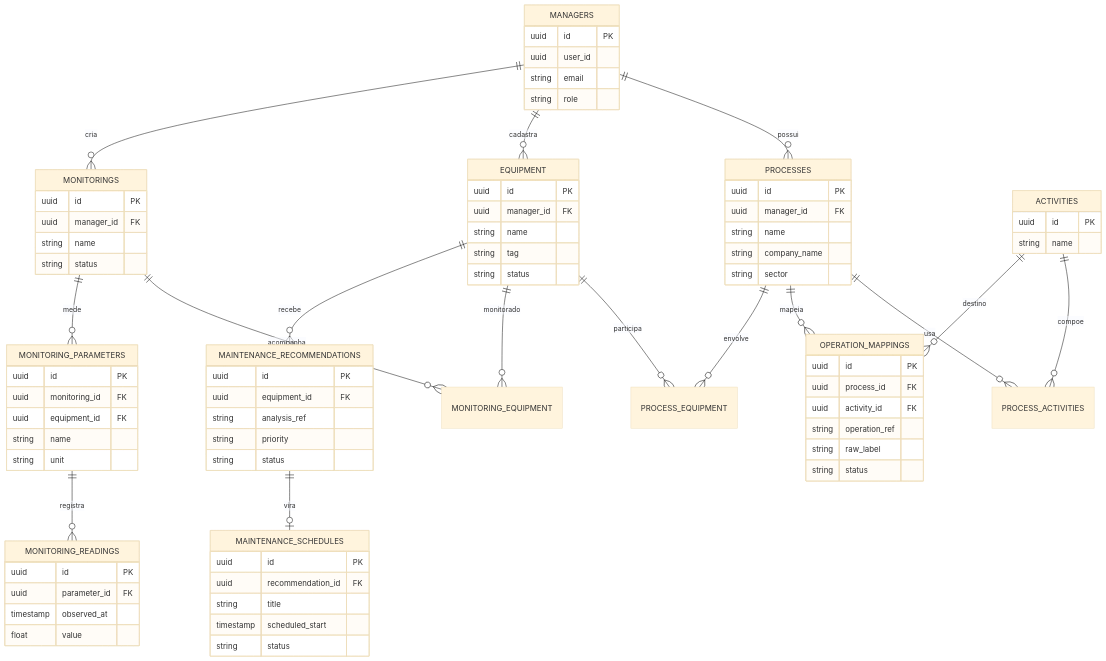
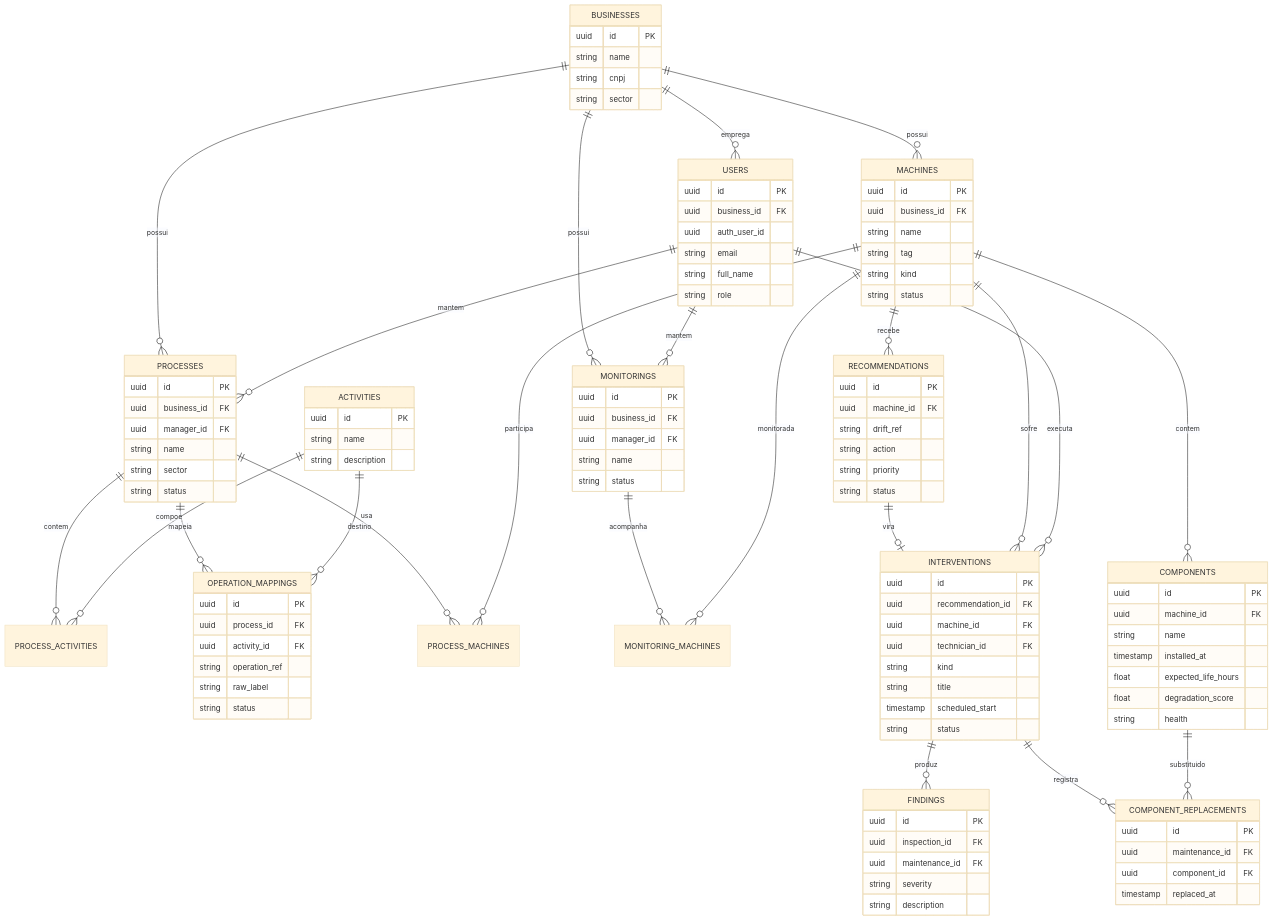
Diagram 14 of 17 in architecture/arc42.md (aland3r/deviante-docs), drawn with Mermaid (base theme) before and after one commit. The commit also changed other lines of this file, not shown here.

Commit message:
arc42 §1, §2, §5, §6, §8: Azure SQL serverless, máquinas e intervenções no lugar de equipamento e agenda, ER do Core com empresas e usuários
Claude-Session: https://claude.ai/code/session_01AmE5KfE7b9iNvkkPZemtYe

````diff
--- a/architecture/arc42.md
+++ b/architecture/arc42.md
@@ -988,36 +988,53 @@
 ```mermaid
 erDiagram
-    MANAGERS ||--o{ PROCESSES : possui
-    MANAGERS ||--o{ EQUIPMENT : cadastra
-    MANAGERS ||--o{ MONITORINGS : cria
-    PROCESSES ||--o{ PROCESS_ACTIVITIES : usa
+    BUSINESSES ||--o{ USERS : emprega
+    BUSINESSES ||--o{ PROCESSES : possui
+    BUSINESSES ||--o{ MONITORINGS : possui
+    BUSINESSES ||--o{ MACHINES : possui
+    USERS ||--o{ PROCESSES : mantem
+    USERS ||--o{ MONITORINGS : mantem
+    PROCESSES ||--o{ PROCESS_ACTIVITIES : contem
     ACTIVITIES ||--o{ PROCESS_ACTIVITIES : compoe
     PROCESSES ||--o{ OPERATION_MAPPINGS : mapeia
     ACTIVITIES ||--o{ OPERATION_MAPPINGS : destino
-    PROCESSES ||--o{ PROCESS_EQUIPMENT : envolve
-    EQUIPMENT ||--o{ PROCESS_EQUIPMENT : participa
-    MONITORINGS ||--o{ MONITORING_EQUIPMENT : acompanha
-    EQUIPMENT ||--o{ MONITORING_EQUIPMENT : monitorado
-    MONITORINGS ||--o{ MONITORING_PARAMETERS : mede
-    MONITORING_PARAMETERS ||--o{ MONITORING_READINGS : registra
-    EQUIPMENT ||--o{ MAINTENANCE_RECOMMENDATIONS : recebe
-    MAINTENANCE_RECOMMENDATIONS ||--o| MAINTENANCE_SCHEDULES : vira
-    MANAGERS {
+    PROCESSES ||--o{ PROCESS_MACHINES : usa
+    MACHINES ||--o{ PROCESS_MACHINES : participa
+    MONITORINGS ||--o{ MONITORING_MACHINES : acompanha
+    MACHINES ||--o{ MONITORING_MACHINES : monitorada
+    MACHINES ||--o{ COMPONENTS : contem
+    MACHINES ||--o{ RECOMMENDATIONS : recebe
+    RECOMMENDATIONS ||--o| INTERVENTIONS : vira
+    MACHINES ||--o{ INTERVENTIONS : sofre
+    USERS ||--o{ INTERVENTIONS : executa
+    INTERVENTIONS ||--o{ FINDINGS : produz
+    INTERVENTIONS ||--o{ COMPONENT_REPLACEMENTS : registra
+    COMPONENTS ||--o{ COMPONENT_REPLACEMENTS : substituido
+    BUSINESSES {
         uuid id PK
-        uuid user_id
+        string name
+        string cnpj
+        string sector
+    }
+    USERS {
+        uuid id PK
+        uuid business_id FK
+        uuid auth_user_id
         string email
+        string full_name
         string role
     }
     PROCESSES {
         uuid id PK
+        uuid business_id FK
         uuid manager_id FK
         string name
-        string company_name
         string sector
+        string status
     }
     ACTIVITIES {
         uuid id PK
         string name
+        string description
     }
     OPERATION_MAPPINGS {
         uuid id PK
@@ -1027,44 +1044,59 @@
         string raw_label
         string status
     }
-    EQUIPMENT {
+    MACHINES {
         uuid id PK
-        uuid manager_id FK
+        uuid business_id FK
         string name
         string tag
+        string kind
         string status
+    }
+    COMPONENTS {
+        uuid id PK
+        uuid machine_id FK
+        string name
+        timestamp installed_at
+        float expected_life_hours
+        float degradation_score
+        string health
     }
     MONITORINGS {
         uuid id PK
+        uuid business_id FK
         uuid manager_id FK
         string name
         string status
     }
-    MONITORING_PARAMETERS {
+    RECOMMENDATIONS {
         uuid id PK
-        uuid monitoring_id FK
-        uuid equipment_id FK
-        string name
-        string unit
-    }
-    MONITORING_READINGS {
-        uuid id PK
-        uuid parameter_id FK
-        timestamp observed_at
-        float value
-    }
-    MAINTENANCE_RECOMMENDATIONS {
-        uuid id PK
-        uuid equipment_id FK
-        string analysis_ref
+        uuid machine_id FK
+        string drift_ref
+        string action
         string priority
         string status
     }
-    MAINTENANCE_SCHEDULES {
+    INTERVENTIONS {
         uuid id PK
         uuid recommendation_id FK
+        uuid machine_id FK
+        uuid technician_id FK
+        string kind
         string title
         timestamp scheduled_start
         string status
     }
+    FINDINGS {
+        uuid id PK
+        uuid inspection_id FK
+        uuid maintenance_id FK
+        string severity
+        string description
+    }
+    COMPONENT_REPLACEMENTS {
+        uuid id PK
+        uuid maintenance_id FK
+        uuid component_id FK
+        timestamp replaced_at
+    }
 ```
````
